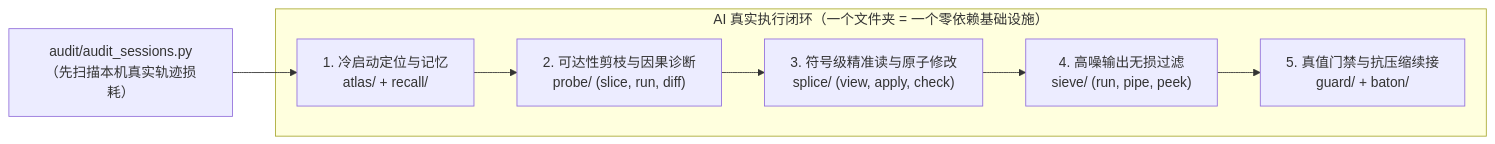
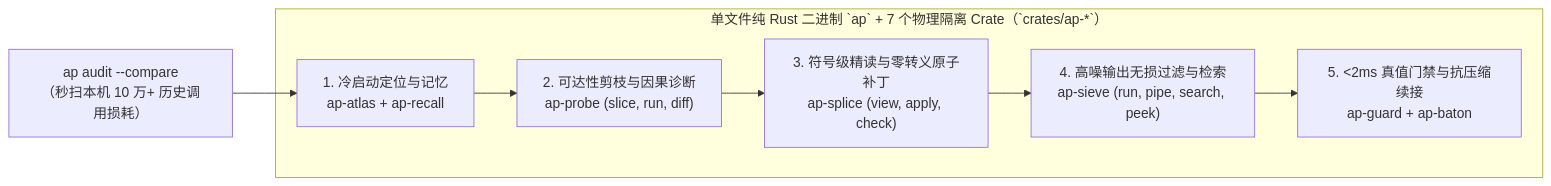
The diagram in DESIGN.zh-CN.md (xgbtxy/agent-primitives), drawn with Mermaid before and after one commit. The commit also changed other lines of this file and 89 other files, not shown here.

````diff
--- a/DESIGN.zh-CN.md
+++ b/DESIGN.zh-CN.md
@@ -34,10 +36,10 @@
 ```mermaid
 flowchart LR
-    Audit["audit/audit_sessions.py<br/>（先扫描本机真实轨迹损耗）"] --> Stage1
-    subgraph Loop["AI 真实执行闭环（一个文件夹 = 一个零依赖基础设施）"]
-        Stage1["1. 冷启动定位与记忆<br/>atlas/ + recall/"] --> Stage2["2. 可达性剪枝与因果诊断<br/>probe/ (slice, run, diff)"]
-        Stage2 --> Stage3["3. 符号级精准读与原子修改<br/>splice/ (view, apply, check)"]
-        Stage3 --> Stage4["4. 高噪输出无损过滤<br/>sieve/ (run, pipe, peek)"]
-        Stage4 --> Stage5["5. 真值门禁与抗压缩续接<br/>guard/ + baton/"]
+    Audit["ap audit --compare<br/>（秒扫本机 10 万+ 历史调用损耗）"] --> Stage1
+    subgraph Loop["单文件纯 Rust 二进制 `ap` + 7 个物理隔离 Crate（`crates/ap-*`）"]
+        Stage1["1. 冷启动定位与记忆<br/>ap-atlas + ap-recall"] --> Stage2["2. 可达性剪枝与因果诊断<br/>ap-probe (slice, run, diff)"]
+        Stage2 --> Stage3["3. 符号级精读与零转义原子补丁<br/>ap-splice (view, apply, check)"]
+        Stage3 --> Stage4["4. 高噪输出无损过滤与检索<br/>ap-sieve (run, pipe, search, peek)"]
+        Stage4 --> Stage5["5. <2ms 真值门禁与抗压缩续接<br/>ap-guard + ap-baton"]
     end
 ```
````
